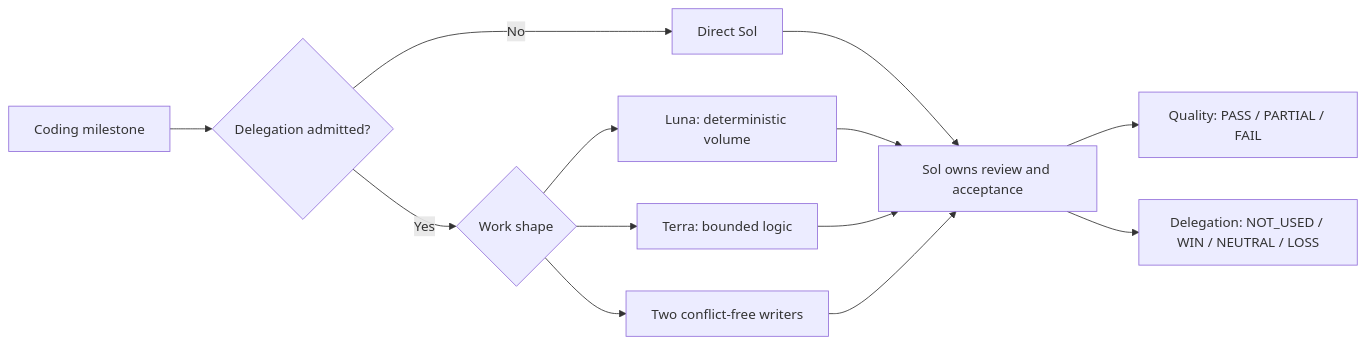
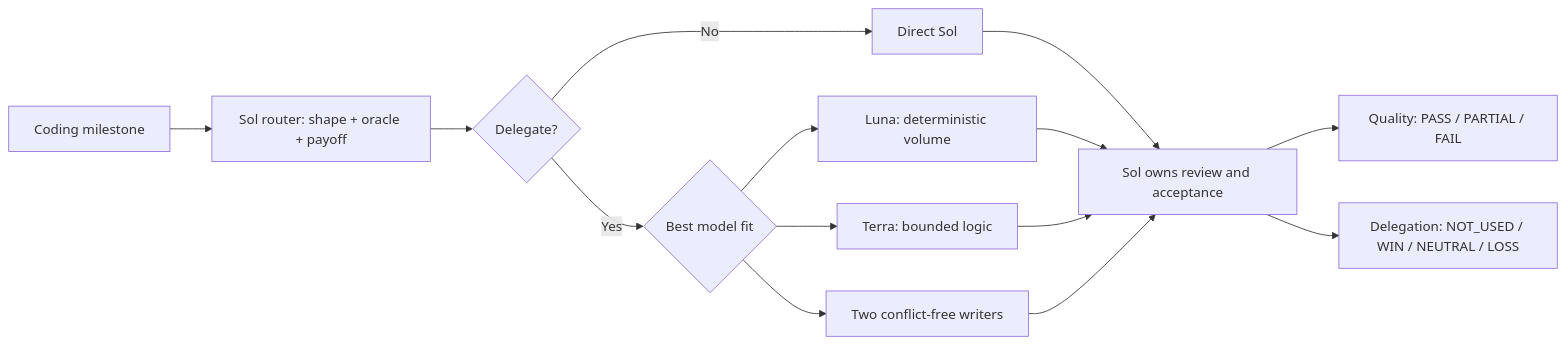
Before and after one commit to witalker/sol-mission-control: the diagram in README.md, drawn with Mermaid. The commit also changed other lines of this file, not shown here.

Commit message:
Reframe the project around intelligent model routing

````diff
--- a/README.md
+++ b/README.md
@@ -23,15 +25,16 @@
 ```mermaid
 flowchart LR
-    A["Coding milestone"] --> G{"Delegation admitted?"}
+    A["Coding milestone"] --> SR["Sol router: shape + oracle + payoff"]
+    SR --> G{"Delegate?"}
     G -->|No| D["Direct Sol"]
-    G -->|Yes| S{"Work shape"}
+    G -->|Yes| S{"Best model fit"}
     S --> L["Luna: deterministic volume"]
     S --> T["Terra: bounded logic"]
     S --> P["Two conflict-free writers"]
-    D --> R["Sol owns review and acceptance"]
-    L --> R
-    T --> R
-    P --> R
-    R --> Q["Quality: PASS / PARTIAL / FAIL"]
-    R --> E["Delegation: NOT_USED / WIN / NEUTRAL / LOSS"]
+    D --> V["Sol owns review and acceptance"]
+    L --> V
+    T --> V
+    P --> V
+    V --> Q["Quality: PASS / PARTIAL / FAIL"]
+    V --> E["Delegation: NOT_USED / WIN / NEUTRAL / LOSS"]
 ```
````
